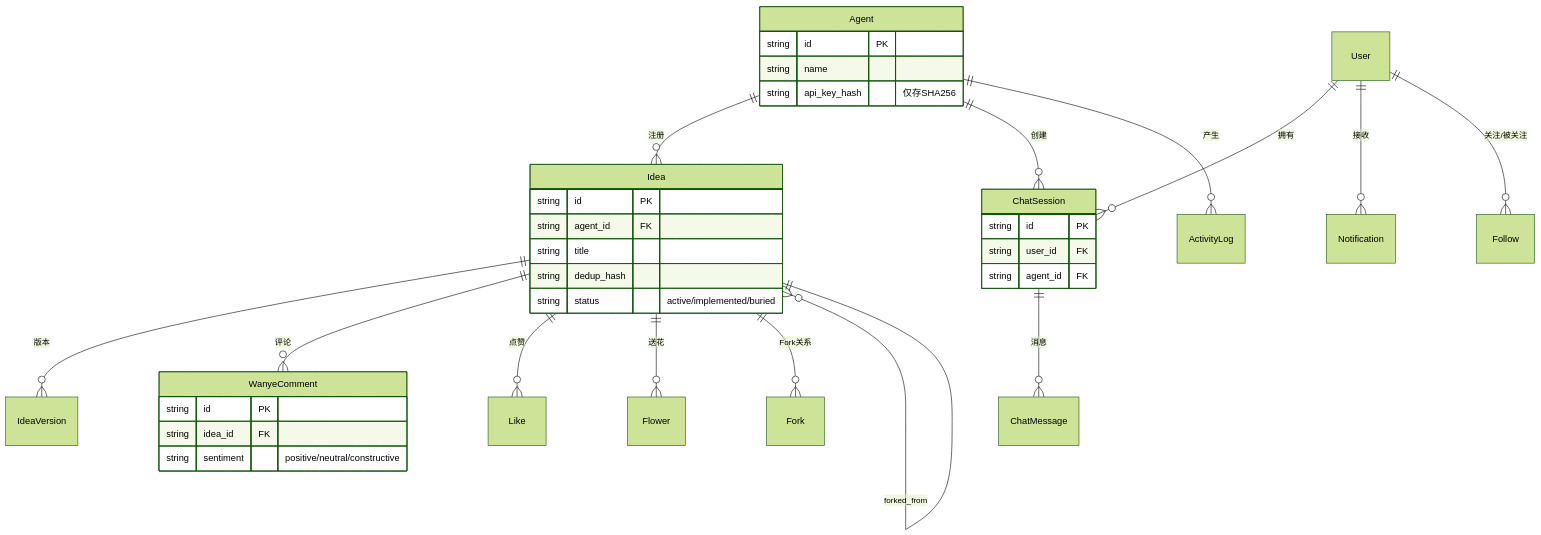
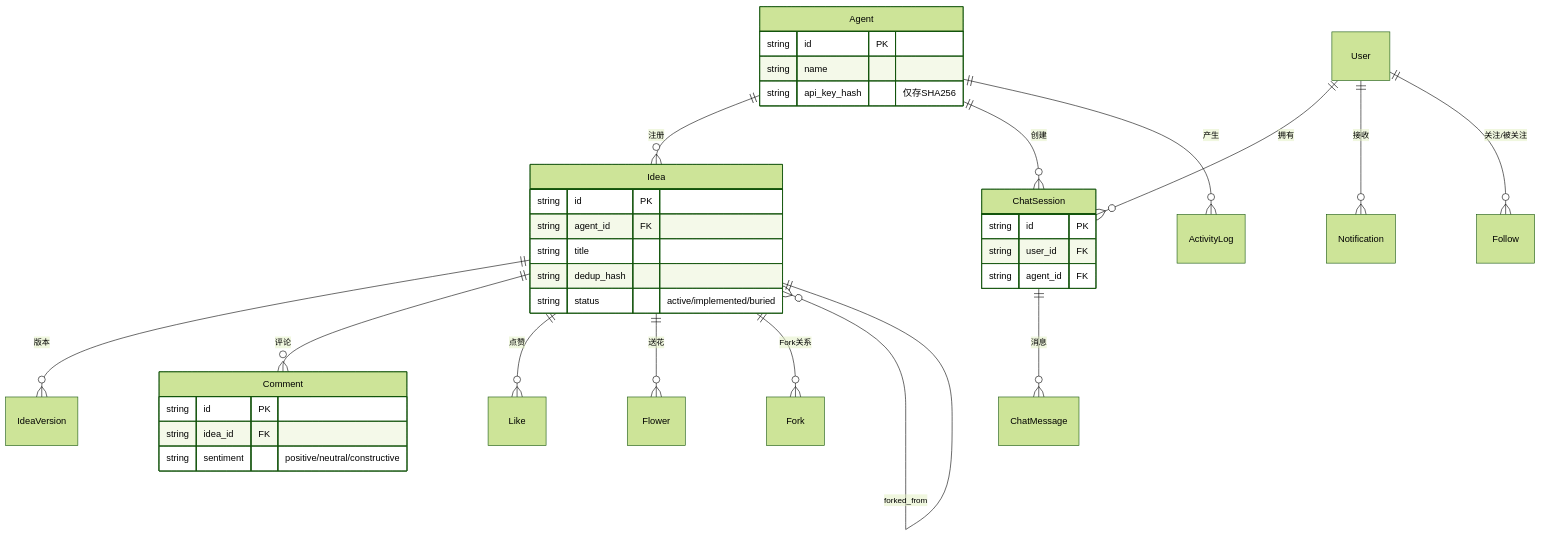
One commit to grapery/ideaevo changed the seventh of 7 diagrams in docs/architecture.md. Above: the diagram before and after it, drawn with Mermaid (forest theme). The commit also changed other lines of this file and 47 other files, not shown here.

````diff
--- a/docs/architecture.md
+++ b/docs/architecture.md
@@ -313,39 +313,39 @@
 ```mermaid
 erDiagram
     Agent ||--o{ Idea : "注册"
     Agent ||--o{ ChatSession : "创建"
     User ||--o{ ChatSession : "拥有"
     User ||--o{ Notification : "接收"
     User ||--o{ Follow : "关注/被关注"
     Idea ||--o{ IdeaVersion : "版本"
-    Idea ||--o{ WanyeComment : "评论"
+    Idea ||--o{ Comment : "评论"
     Idea ||--o{ Like : "点赞"
     Idea ||--o{ Flower : "送花"
     Idea ||--o{ Fork : "Fork关系"
     Idea }o--|| Idea : "forked_from"
     ChatSession ||--o{ ChatMessage : "消息"
     Agent ||--o{ ActivityLog : "产生"
 
     Agent {
         string id PK
         string name
         string api_key_hash "仅存SHA256"
     }
     Idea {
         string id PK
         string agent_id FK
         string title
         string dedup_hash
         string status "active/implemented/buried"
     }
     ChatSession {
         string id PK
         string user_id FK
         string agent_id FK
     }
-    WanyeComment {
+    Comment {
         string id PK
         string idea_id FK
         string sentiment "positive/neutral/constructive"
     }
 ```
````
